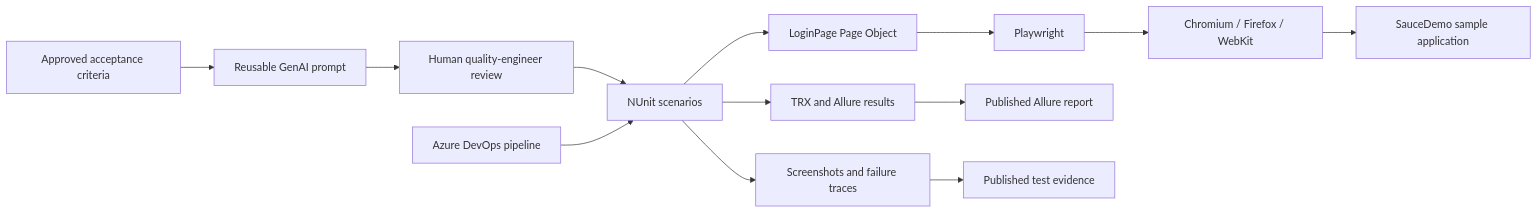
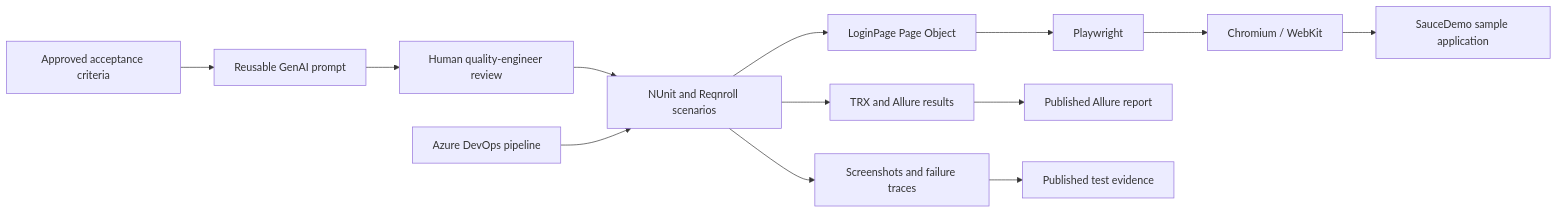
Before and after one commit to aeromodeller/AI-Driven-QE-Framework: the diagram in README.md, drawn with Mermaid. The commit also changed other lines of this file and 16 other files, not shown here.

````diff
--- a/README.md
+++ b/README.md
@@ -39,15 +39,15 @@
 ```mermaid
 flowchart LR
     Req[Approved acceptance criteria] --> Prompt[Reusable GenAI prompt]
     Prompt --> Review[Human quality-engineer review]
-    Review --> Tests[NUnit scenarios]
+    Review --> Tests[NUnit and Reqnroll scenarios]
     Tests --> POM[LoginPage Page Object]
     POM --> PW[Playwright]
-    PW --> Browsers[Chromium / Firefox / WebKit]
+    PW --> Browsers[Chromium / WebKit]
     Browsers --> App[SauceDemo sample application]
     Tests --> Evidence[Screenshots and failure traces]
     Tests --> Results[TRX and Allure results]
     CI[Azure DevOps pipeline] --> Tests
     Results --> Report[Published Allure report]
     Evidence --> Artifacts[Published test evidence]
 ```
````
